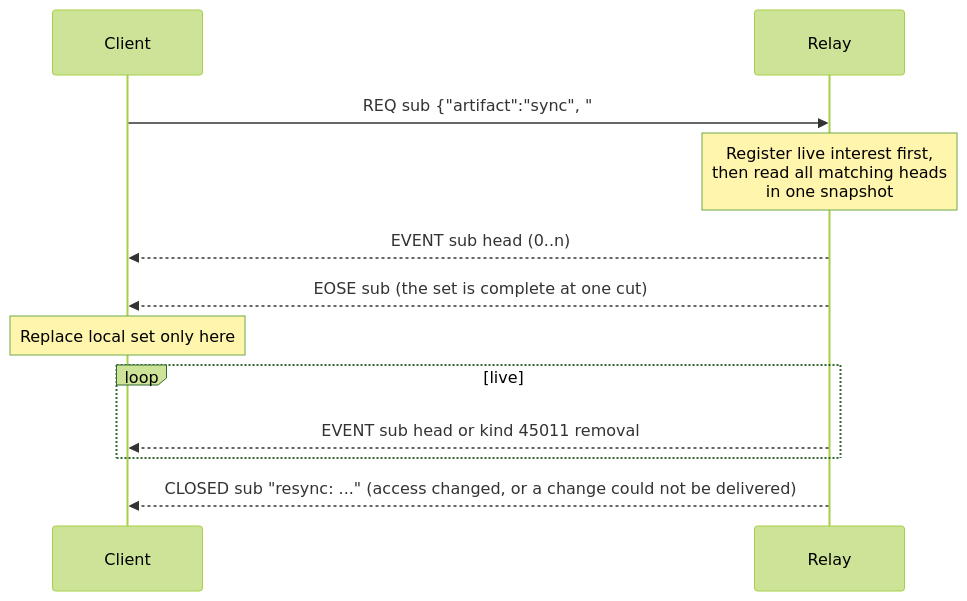
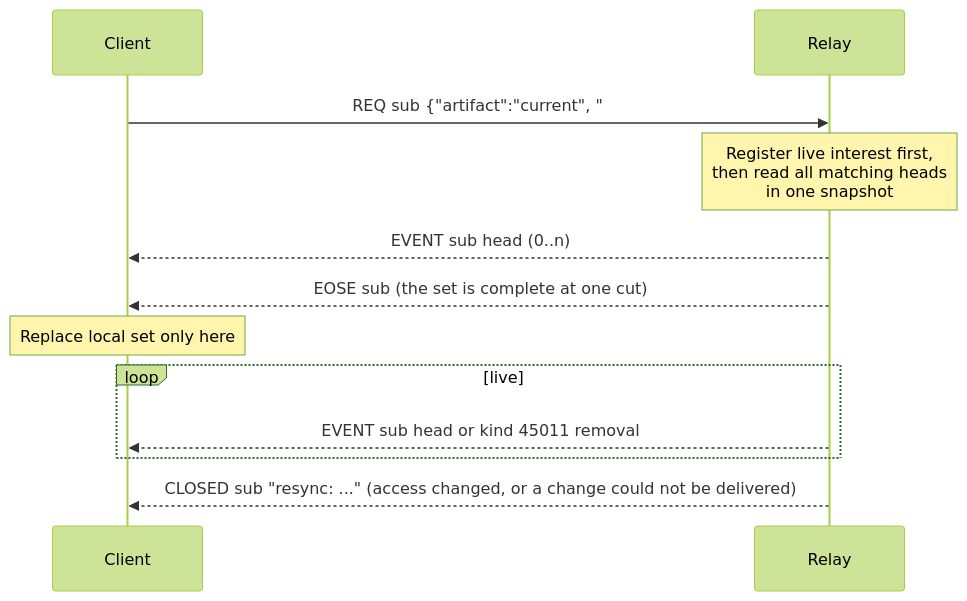
Before and after one commit to block/buzz: the diagram in docs/nips/NIP-AR.md, drawn with Mermaid (forest theme). The commit also changed other lines of this file and 3 other files, not shown here.

First line of the commit message:
refactor(nip-ar): request sync as a REQ with artifact current

````diff
--- a/docs/nips/NIP-AR.md
+++ b/docs/nips/NIP-AR.md
@@ -110,14 +110,14 @@
 ```mermaid
 sequenceDiagram
   participant C as Client
   participant R as Relay
-  C->>R: REQ sub {"artifact":"sync", "#h":[...], "#type":[...]}
+  C->>R: REQ sub {"artifact":"current", "#h":[...], "#type":[...]}
   Note over R: Register live interest first,<br/>then read all matching heads<br/>in one snapshot
   R-->>C: EVENT sub head  (0..n)
   R-->>C: EOSE sub  (the set is complete at one cut)
   Note over C: Replace local set only here
   loop live
     R-->>C: EVENT sub head or kind 45011 removal
   end
   R-->>C: CLOSED sub "resync: ..."  (access changed, or a change could not be delivered)
 ```
````
